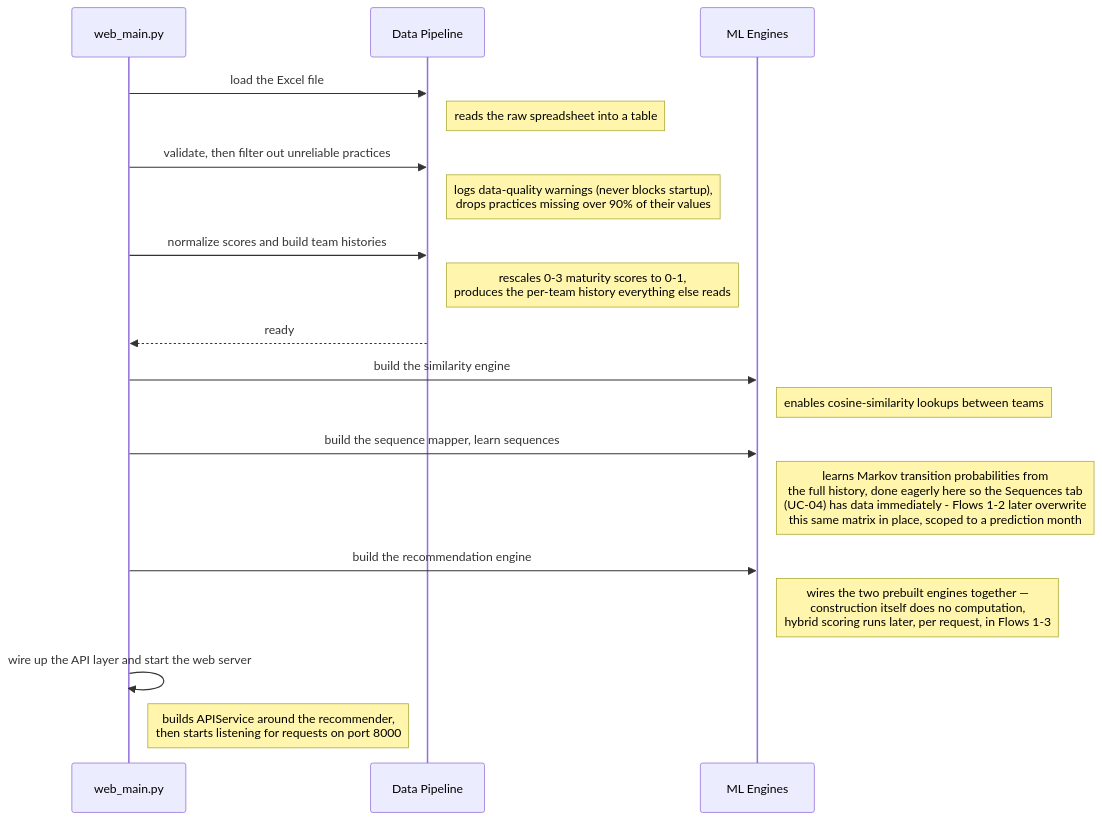
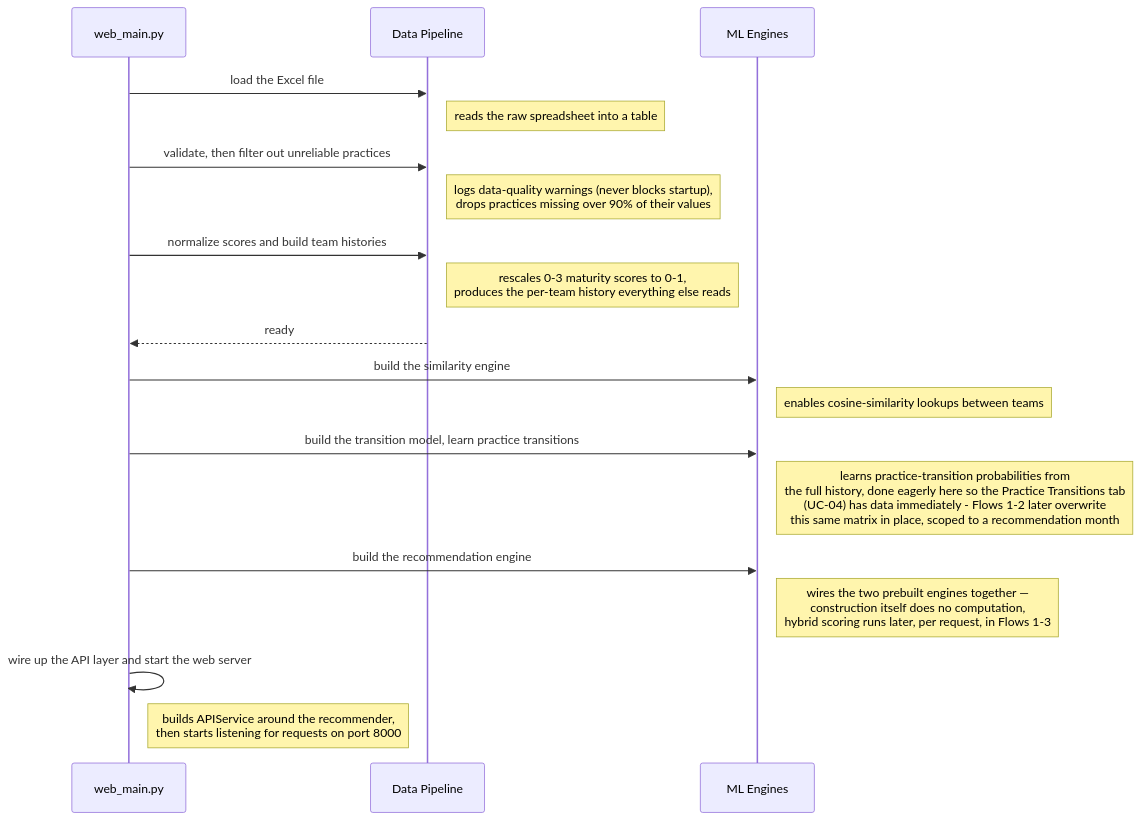
Before and after one commit to erezmorabia/agile-prediction-mvp: the diagram in docs/sequence-diagrams/04-system-startup.md, drawn with Mermaid. The commit also changed other lines of this file and 37 other files, not shown here.

First line of the commit message:
Calibrate prediction terminology to recommendation language per professor review

````diff
--- a/docs/sequence-diagrams/04-system-startup.md
+++ b/docs/sequence-diagrams/04-system-startup.md
@@ -16,24 +16,24 @@
 ```mermaid
 sequenceDiagram
     participant WebMain as web_main.py
     participant Data as Data Pipeline
     participant ML as ML Engines
 
     WebMain->>Data: load the Excel file
     Note right of Data: reads the raw spreadsheet into a table
     WebMain->>Data: validate, then filter out unreliable practices
     Note right of Data: logs data-quality warnings (never blocks startup),<br/>drops practices missing over 90% of their values
     WebMain->>Data: normalize scores and build team histories
     Note right of Data: rescales 0-3 maturity scores to 0-1,<br/>produces the per-team history everything else reads
     Data-->>WebMain: ready
 
     WebMain->>ML: build the similarity engine
     Note right of ML: enables cosine-similarity lookups between teams
-    WebMain->>ML: build the sequence mapper, learn sequences
-    Note right of ML: learns Markov transition probabilities from<br/>the full history, done eagerly here so the Sequences tab<br/>(UC-04) has data immediately - Flows 1-2 later overwrite<br/>this same matrix in place, scoped to a prediction month
+    WebMain->>ML: build the transition model, learn practice transitions
+    Note right of ML: learns practice-transition probabilities from<br/>the full history, done eagerly here so the Practice Transitions tab<br/>(UC-04) has data immediately - Flows 1-2 later overwrite<br/>this same matrix in place, scoped to a recommendation month
     WebMain->>ML: build the recommendation engine
     Note right of ML: wires the two prebuilt engines together —<br/>construction itself does no computation,<br/>hybrid scoring runs later, per request, in Flows 1-3
 
     WebMain->>WebMain: wire up the API layer and start the web server
     Note right of WebMain: builds APIService around the recommender,<br/>then starts listening for requests on port 8000
 ```
````
